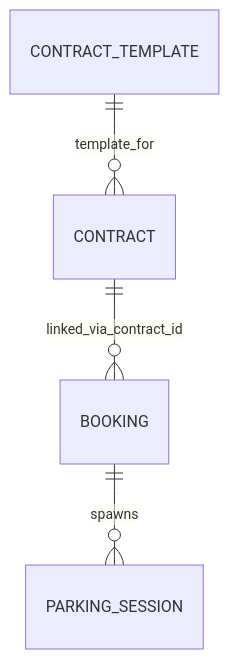
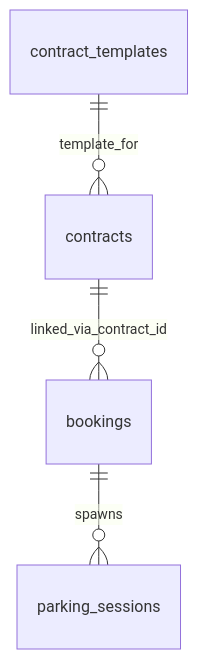
One commit to CeJIDb/sab-win-26-parking changed the diagram in docs/architecture/database/erd/erd-relationships-booking-session-contract.md. Above: the diagram before and after it, drawn with Mermaid. The commit also changed other lines of this file and 5 other files, not shown here.

Commit message:
docs(architecture): обновить архитектурную документацию

````diff
--- a/docs/architecture/database/erd/erd-relationships-booking-session-contract.md
+++ b/docs/architecture/database/erd/erd-relationships-booking-session-contract.md
@@ -146,6 +38,6 @@
 ```mermaid
 erDiagram
-    CONTRACT_TEMPLATE ||--o{ CONTRACT : template_for
-    CONTRACT ||--o{ BOOKING : linked_via_contract_id
-    BOOKING ||--o{ PARKING_SESSION : spawns
+    contract_templates ||--o{ contracts : template_for
+    contracts ||--o{ bookings : linked_via_contract_id
+    bookings ||--o{ parking_sessions : spawns
 ```
````
